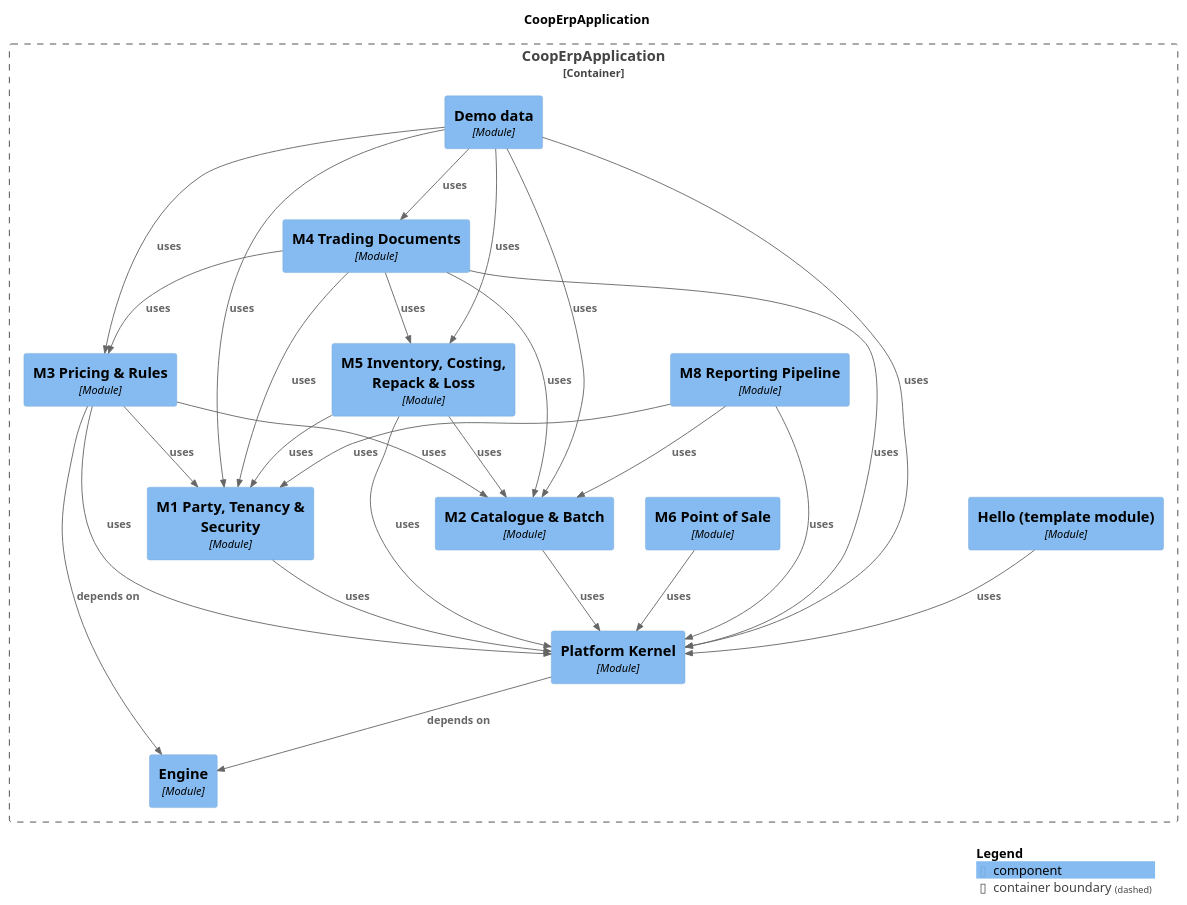
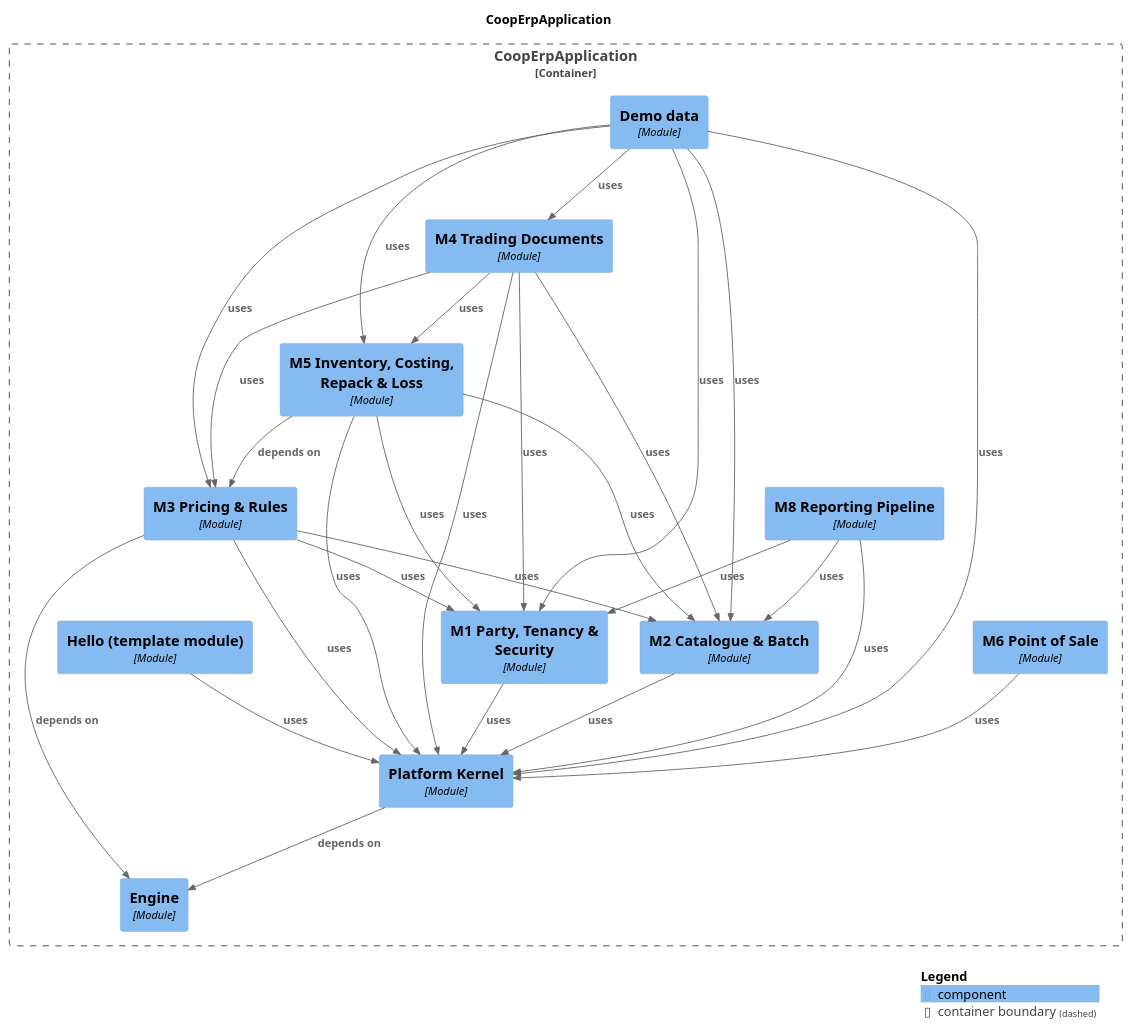
The diagram in docs/modules/components.puml (Knoweb/COOP_ERP), drawn with PlantUML before and after one commit. The commit also changed 73 other files, not shown here.

```diff
--- a/docs/modules/components.puml
+++ b/docs/modules/components.puml
@@ -1,53 +1,54 @@
 @startuml
 set separator none
 title CoopErpApplication
 
 top to bottom direction
 
 !include <C4/C4>
 !include <C4/C4_Context>
 !include <C4/C4_Component>
 
 Container_Boundary("CoopErpApplication.CoopErpApplication_boundary", "CoopErpApplication", $tags="") {
   Component(CoopErpApplication.CoopErpApplication.M3PricingRules, "M3 Pricing & Rules", $techn="Module", $descr="", $tags="", $link="")
+  Component(CoopErpApplication.CoopErpApplication.M8ReportingPipeline, "M8 Reporting Pipeline", $techn="Module", $descr="", $tags="", $link="")
   Component(CoopErpApplication.CoopErpApplication.M5InventoryCostingRepackLoss, "M5 Inventory, Costing, Repack & Loss", $techn="Module", $descr="", $tags="", $link="")
-  Component(CoopErpApplication.CoopErpApplication.M8ReportingPipeline, "M8 Reporting Pipeline", $techn="Module", $descr="", $tags="", $link="")
   Component(CoopErpApplication.CoopErpApplication.M4TradingDocuments, "M4 Trading Documents", $techn="Module", $descr="", $tags="", $link="")
   Component(CoopErpApplication.CoopErpApplication.Demodata, "Demo data", $techn="Module", $descr="", $tags="", $link="")
   Component(CoopErpApplication.CoopErpApplication.Engine, "Engine", $techn="Module", $descr="", $tags="", $link="")
   Component(CoopErpApplication.CoopErpApplication.PlatformKernel, "Platform Kernel", $techn="Module", $descr="", $tags="", $link="")
   Component(CoopErpApplication.CoopErpApplication.Hellotemplatemodule, "Hello (template module)", $techn="Module", $descr="", $tags="", $link="")
   Component(CoopErpApplication.CoopErpApplication.M1PartyTenancySecurity, "M1 Party, Tenancy & Security", $techn="Module", $descr="", $tags="", $link="")
   Component(CoopErpApplication.CoopErpApplication.M2CatalogueBatch, "M2 Catalogue & Batch", $techn="Module", $descr="", $tags="", $link="")
   Component(CoopErpApplication.CoopErpApplication.M6PointofSale, "M6 Point of Sale", $techn="Module", $descr="", $tags="", $link="")
 }
 
 Rel(CoopErpApplication.CoopErpApplication.Demodata, CoopErpApplication.CoopErpApplication.M1PartyTenancySecurity, "uses", $techn="", $tags="", $link="")
 Rel(CoopErpApplication.CoopErpApplication.Demodata, CoopErpApplication.CoopErpApplication.M2CatalogueBatch, "uses", $techn="", $tags="", $link="")
 Rel(CoopErpApplication.CoopErpApplication.Demodata, CoopErpApplication.CoopErpApplication.M3PricingRules, "uses", $techn="", $tags="", $link="")
 Rel(CoopErpApplication.CoopErpApplication.Demodata, CoopErpApplication.CoopErpApplication.M4TradingDocuments, "uses", $techn="", $tags="", $link="")
 Rel(CoopErpApplication.CoopErpApplication.Demodata, CoopErpApplication.CoopErpApplication.M5InventoryCostingRepackLoss, "uses", $techn="", $tags="", $link="")
 Rel(CoopErpApplication.CoopErpApplication.Demodata, CoopErpApplication.CoopErpApplication.PlatformKernel, "uses", $techn="", $tags="", $link="")
 Rel(CoopErpApplication.CoopErpApplication.Hellotemplatemodule, CoopErpApplication.CoopErpApplication.PlatformKernel, "uses", $techn="", $tags="", $link="")
 Rel(CoopErpApplication.CoopErpApplication.M1PartyTenancySecurity, CoopErpApplication.CoopErpApplication.PlatformKernel, "uses", $techn="", $tags="", $link="")
 Rel(CoopErpApplication.CoopErpApplication.M2CatalogueBatch, CoopErpApplication.CoopErpApplication.PlatformKernel, "uses", $techn="", $tags="", $link="")
 Rel(CoopErpApplication.CoopErpApplication.M3PricingRules, CoopErpApplication.CoopErpApplication.Engine, "depends on", $techn="", $tags="", $link="")
 Rel(CoopErpApplication.CoopErpApplication.M3PricingRules, CoopErpApplication.CoopErpApplication.M1PartyTenancySecurity, "uses", $techn="", $tags="", $link="")
 Rel(CoopErpApplication.CoopErpApplication.M3PricingRules, CoopErpApplication.CoopErpApplication.M2CatalogueBatch, "uses", $techn="", $tags="", $link="")
 Rel(CoopErpApplication.CoopErpApplication.M3PricingRules, CoopErpApplication.CoopErpApplication.PlatformKernel, "uses", $techn="", $tags="", $link="")
 Rel(CoopErpApplication.CoopErpApplication.M4TradingDocuments, CoopErpApplication.CoopErpApplication.M1PartyTenancySecurity, "uses", $techn="", $tags="", $link="")
 Rel(CoopErpApplication.CoopErpApplication.M4TradingDocuments, CoopErpApplication.CoopErpApplication.M2CatalogueBatch, "uses", $techn="", $tags="", $link="")
 Rel(CoopErpApplication.CoopErpApplication.M4TradingDocuments, CoopErpApplication.CoopErpApplication.M3PricingRules, "uses", $techn="", $tags="", $link="")
 Rel(CoopErpApplication.CoopErpApplication.M4TradingDocuments, CoopErpApplication.CoopErpApplication.M5InventoryCostingRepackLoss, "uses", $techn="", $tags="", $link="")
 Rel(CoopErpApplication.CoopErpApplication.M4TradingDocuments, CoopErpApplication.CoopErpApplication.PlatformKernel, "uses", $techn="", $tags="", $link="")
 Rel(CoopErpApplication.CoopErpApplication.M5InventoryCostingRepackLoss, CoopErpApplication.CoopErpApplication.M1PartyTenancySecurity, "uses", $techn="", $tags="", $link="")
 Rel(CoopErpApplication.CoopErpApplication.M5InventoryCostingRepackLoss, CoopErpApplication.CoopErpApplication.M2CatalogueBatch, "uses", $techn="", $tags="", $link="")
+Rel(CoopErpApplication.CoopErpApplication.M5InventoryCostingRepackLoss, CoopErpApplication.CoopErpApplication.M3PricingRules, "depends on", $techn="", $tags="", $link="")
 Rel(CoopErpApplication.CoopErpApplication.M5InventoryCostingRepackLoss, CoopErpApplication.CoopErpApplication.PlatformKernel, "uses", $techn="", $tags="", $link="")
 Rel(CoopErpApplication.CoopErpApplication.M6PointofSale, CoopErpApplication.CoopErpApplication.PlatformKernel, "uses", $techn="", $tags="", $link="")
 Rel(CoopErpApplication.CoopErpApplication.M8ReportingPipeline, CoopErpApplication.CoopErpApplication.M1PartyTenancySecurity, "uses", $techn="", $tags="", $link="")
 Rel(CoopErpApplication.CoopErpApplication.M8ReportingPipeline, CoopErpApplication.CoopErpApplication.M2CatalogueBatch, "uses", $techn="", $tags="", $link="")
 Rel(CoopErpApplication.CoopErpApplication.M8ReportingPipeline, CoopErpApplication.CoopErpApplication.PlatformKernel, "uses", $techn="", $tags="", $link="")
 Rel(CoopErpApplication.CoopErpApplication.PlatformKernel, CoopErpApplication.CoopErpApplication.Engine, "depends on", $techn="", $tags="", $link="")
 
 SHOW_LEGEND(true)
 @enduml
```
